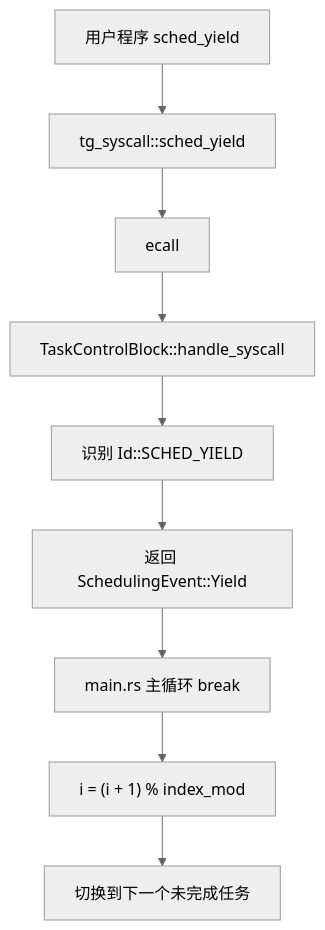
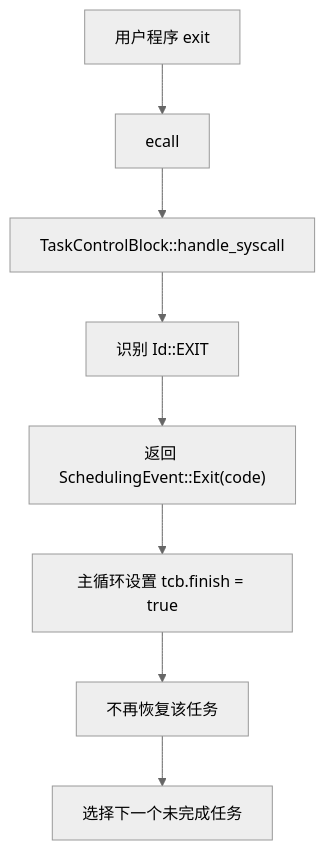
The sixth of 8 diagrams in doc/ch3/rCore-ch3-代码链与模块对应底稿.md (flyyansii/Tg-rCore-Tutorial-2026S), drawn with Mermaid (neutral theme) before and after one commit. The commit also changed other lines of this file and 7 other files, not shown here.

````diff
--- a/doc/ch3/rCore-ch3-代码链与模块对应底稿.md
+++ b/doc/ch3/rCore-ch3-代码链与模块对应底稿.md
@@ -154,11 +320,10 @@
 ```mermaid
 flowchart TD
-    A["用户程序 sched_yield"] --> B["tg_syscall::sched_yield"]
-    B --> C["ecall"]
-    C --> D["TaskControlBlock::handle_syscall"]
-    D --> E["识别 Id::SCHED_YIELD"]
-    E --> F["返回 SchedulingEvent::Yield"]
-    F --> G["main.rs 主循环 break"]
-    G --> H["i = (i + 1) % index_mod"]
-    H --> I["切换到下一个未完成任务"]
+    A["用户程序 exit"] --> B["ecall"]
+    B --> C["TaskControlBlock::handle_syscall"]
+    C --> D["识别 Id::EXIT"]
+    D --> E["返回 SchedulingEvent::Exit(code)"]
+    E --> F["主循环设置 tcb.finish = true"]
+    F --> G["不再恢复该任务"]
+    G --> H["选择下一个未完成任务"]
 ```
````
